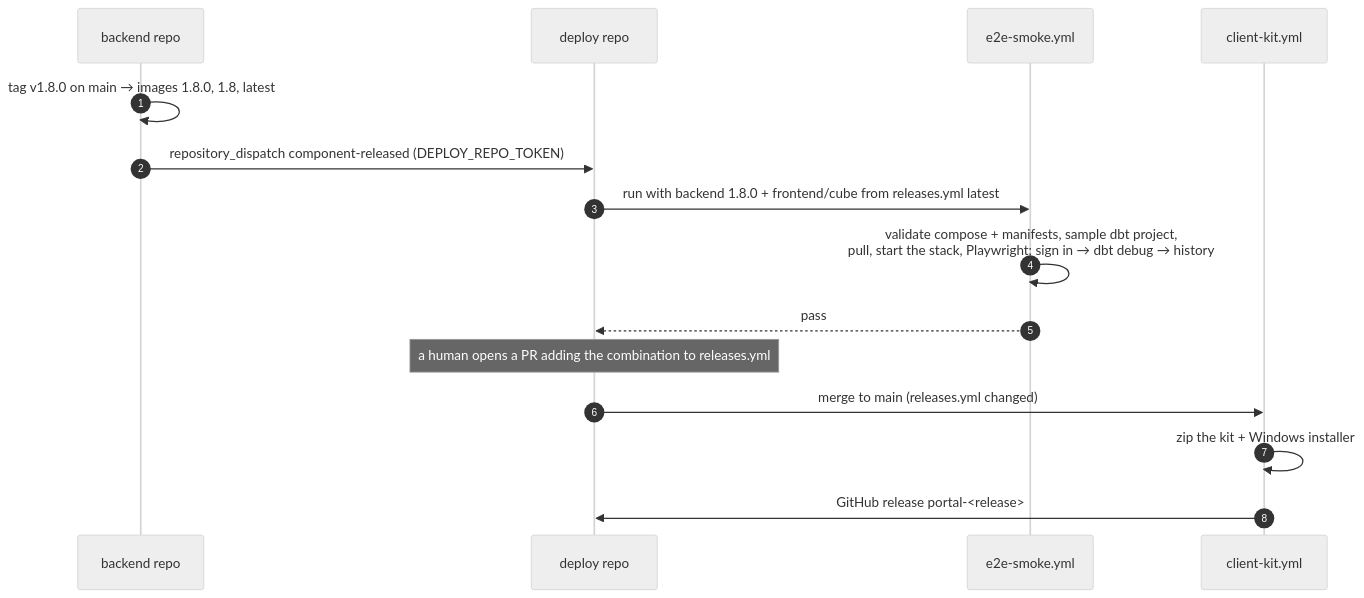
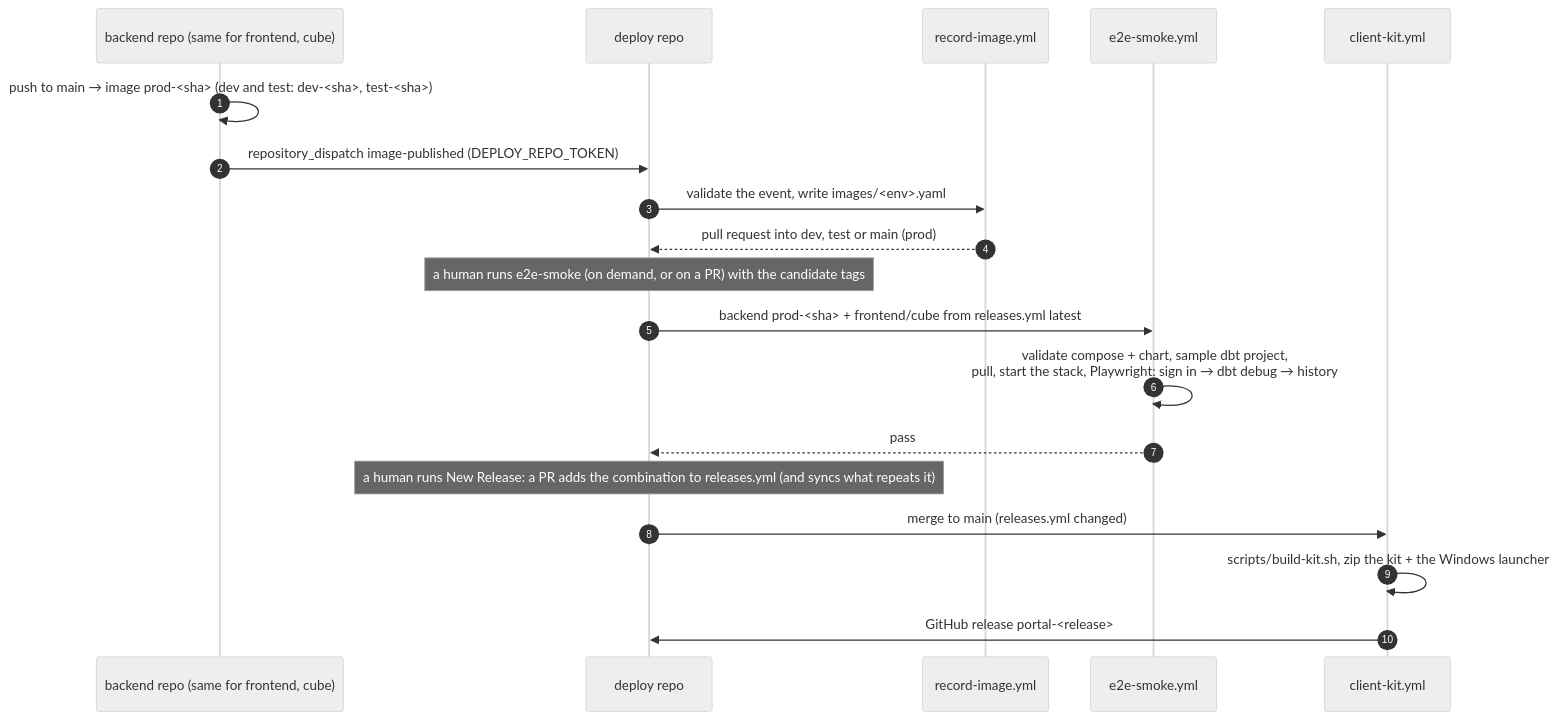
Before and after one commit to omaryehia015/capgemini-dbt-portal-deploy: the seventh of 8 diagrams in docs/DEVELOPER_GUIDE.md, drawn with Mermaid (neutral theme). The commit also changed other lines of this file and 88 other files, not shown here.

Commit message:
Add client install modes, Helm chart, OCI chart and release automation

````diff
--- a/docs/DEVELOPER_GUIDE.md
+++ b/docs/DEVELOPER_GUIDE.md
@@ -168,18 +208,22 @@
 ```mermaid
 sequenceDiagram
   autonumber
-  participant BE as backend repo
+  participant BE as backend repo (same for frontend, cube)
   participant DEP as deploy repo
+  participant REC as record-image.yml
   participant E2E as e2e-smoke.yml
   participant KIT as client-kit.yml
 
-  BE->>BE: tag v1.8.0 on main → images 1.8.0, 1.8, latest
-  BE->>DEP: repository_dispatch component-released (DEPLOY_REPO_TOKEN)
-  DEP->>E2E: run with backend 1.8.0 + frontend/cube from releases.yml latest
-  E2E->>E2E: validate compose + manifests, sample dbt project,<br/>pull, start the stack, Playwright: sign in → dbt debug → history
+  BE->>BE: push to main → image prod-<sha> (dev and test: dev-<sha>, test-<sha>)
+  BE->>DEP: repository_dispatch image-published (DEPLOY_REPO_TOKEN)
+  DEP->>REC: validate the event, write images/<env>.yaml
+  REC-->>DEP: pull request into dev, test or main (prod)
+  Note over DEP: a human runs e2e-smoke (on demand, or on a PR) with the candidate tags
+  DEP->>E2E: backend prod-<sha> + frontend/cube from releases.yml latest
+  E2E->>E2E: validate compose + chart, sample dbt project,<br/>pull, start the stack, Playwright: sign in → dbt debug → history
   E2E-->>DEP: pass
-  Note over DEP: a human opens a PR adding the combination to releases.yml
+  Note over DEP: a human runs New Release: a PR adds the combination to releases.yml (and syncs what repeats it)
   DEP->>KIT: merge to main (releases.yml changed)
-  KIT->>KIT: zip the kit + Windows installer
+  KIT->>KIT: scripts/build-kit.sh, zip the kit + the Windows launcher
   KIT->>DEP: GitHub release portal-<release>
 ```
````
